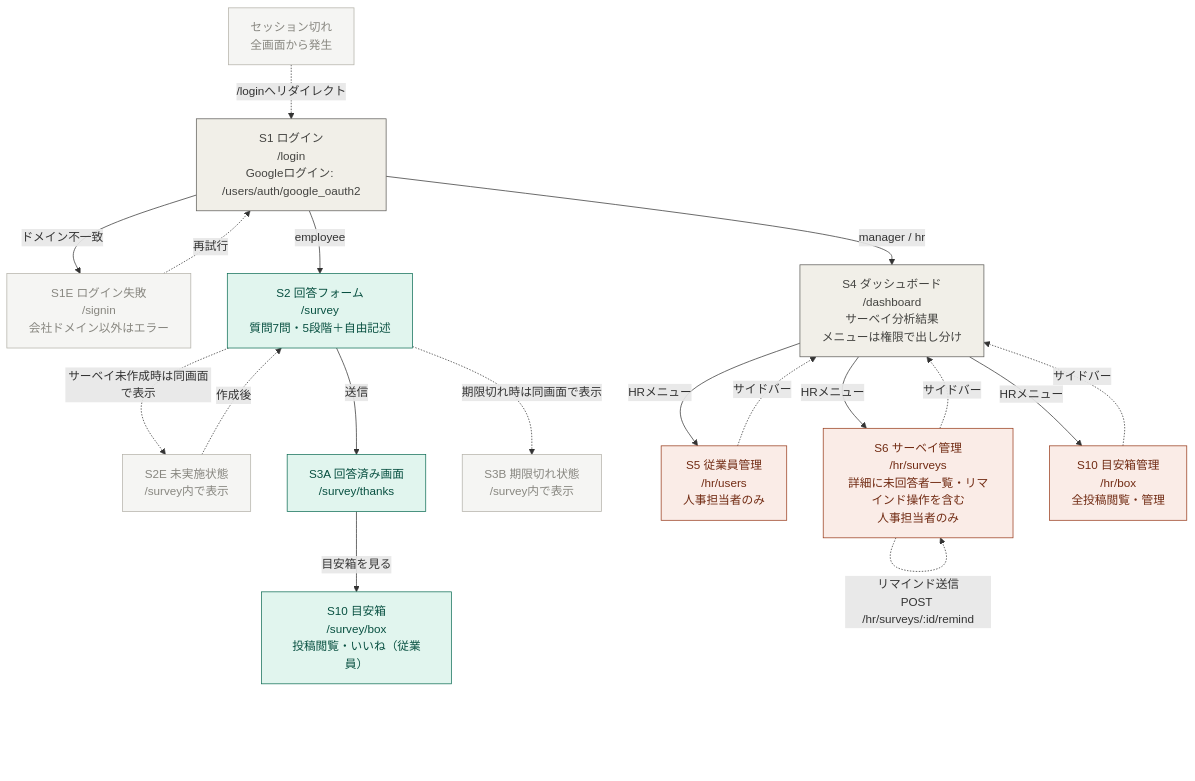
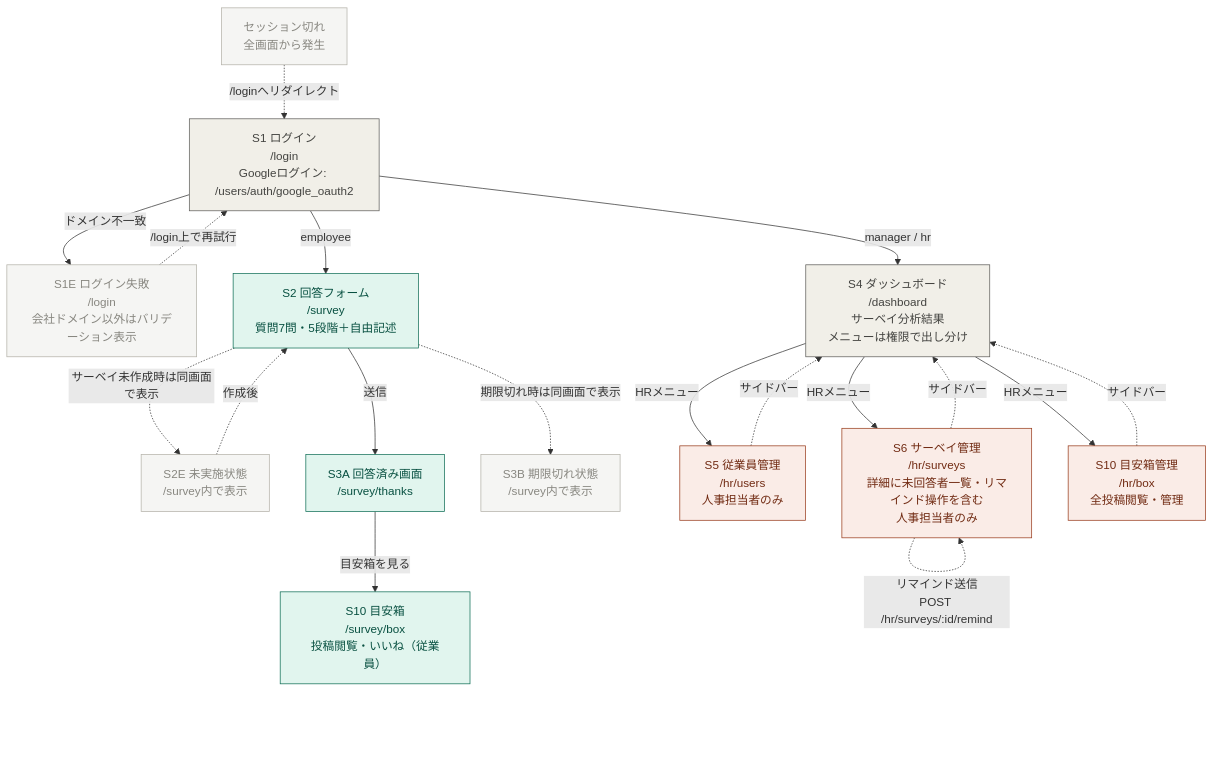
Before and after one commit to localworks/pulseee: the diagram in docs/design.md, drawn with Mermaid. The commit also changed other lines of this file, not shown here.

Commit message:
fix: ログイン失敗時のURL設計を修正

````diff
--- a/docs/design.md
+++ b/docs/design.md
@@ -162,44 +161,44 @@
 ```mermaid
 flowchart TD
     classDef common   fill:#F1EFE8,stroke:#5F5E5A,color:#444441
     classDef employee fill:#E1F5EE,stroke:#0F6E56,color:#085041
     classDef manager  fill:#EEEDFE,stroke:#534AB7,color:#26215C
     classDef hr       fill:#FAECE7,stroke:#993C1D,color:#712B13
     classDef error    fill:#F5F5F3,stroke:#B4B2A9,color:#888780
 
     S1["S1 ログイン\n/login\nGoogleログイン: /users/auth/google_oauth2"]:::common
-    S1E["S1E ログイン失敗\n/signin\n会社ドメイン以外はエラー"]:::error
+    S1E["S1E ログイン失敗\n/login\n会社ドメイン以外はバリデーション表示"]:::error
     SX["セッション切れ\n全画面から発生"]:::error
 
     S1 -- ドメイン不一致 --> S1E
-    S1E -. 再試行 .-> S1
+    S1E -. /login上で再試行 .-> S1
     SX -. /loginへリダイレクト .-> S1
 
     S1 -- employee --> S2
     S1 -- manager / hr --> S4
 
     S2["S2 回答フォーム\n/survey\n質問7問・5段階＋自由記述"]:::employee
     S2E["S2E 未実施状態\n/survey内で表示"]:::error
     S3A["S3A 回答済み画面\n/survey/thanks"]:::employee
     S3B["S3B 期限切れ状態\n/survey内で表示"]:::error
     S10_EMP["S10 目安箱\n/survey/box\n投稿閲覧・いいね（従業員）"]:::employee
 
     S2 -. サーベイ未作成時は同画面で表示 .-> S2E
     S2E -. 作成後 .-> S2
     S2 -- 送信 --> S3A
     S2 -. 期限切れ時は同画面で表示 .-> S3B
     S3A -- 目安箱を見る --> S10_EMP
 
     S4["S4 ダッシュボード\n/dashboard\nサーベイ分析結果\nメニューは権限で出し分け"]:::common
     S5["S5 従業員管理\n/hr/users\n人事担当者のみ"]:::hr
     S6["S6 サーベイ管理\n/hr/surveys\n詳細に未回答者一覧・リマインド操作を含む\n人事担当者のみ"]:::hr
     S10_HR["S10 目安箱管理\n/hr/box\n全投稿閲覧・管理"]:::hr
 
     S4 -- HRメニュー --> S5
     S4 -- HRメニュー --> S6
     S4 -- HRメニュー --> S10_HR
     S6 -. リマインド送信\nPOST /hr/surveys/:id/remind .-> S6
     S5 -. サイドバー .-> S4
     S6 -. サイドバー .-> S4
     S10_HR -. サイドバー .-> S4
 ```
````
